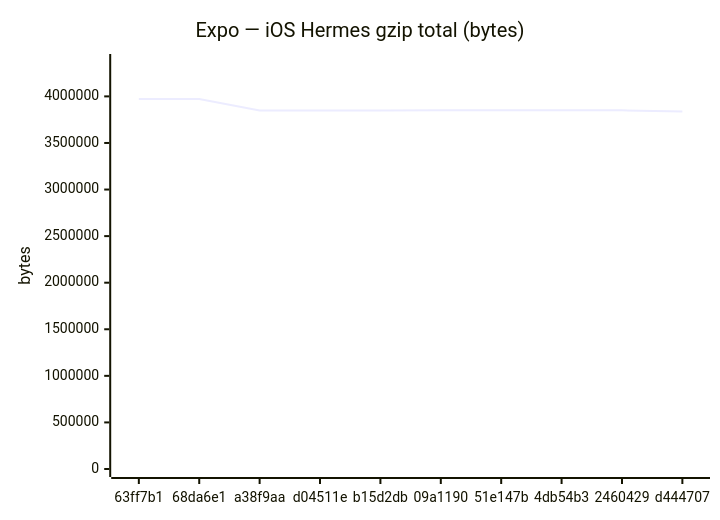
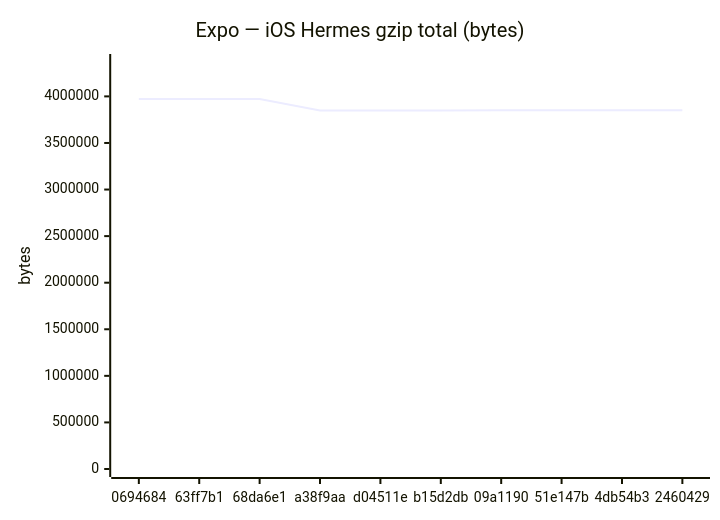
One commit to Metaheurist/Rianell changed the sixth of 18 diagrams in benchmarks/compare.md. Above: the diagram before and after it, drawn with Mermaid. The commit also changed other lines of this file and 11 other files, not shown here.

````diff
--- a/benchmarks/compare.md
+++ b/benchmarks/compare.md
@@ -96,7 +96,7 @@
 ```mermaid
 xychart-beta
     title "Expo — iOS Hermes gzip total (bytes)"
-    x-axis ["63ff7b1", "68da6e1", "a38f9aa", "d04511e", "b15d2db", "09a1190", "51e147b", "4db54b3", "2460429", "d444707"]
+    x-axis ["0694684", "63ff7b1", "68da6e1", "a38f9aa", "d04511e", "b15d2db", "09a1190", "51e147b", "4db54b3", "2460429"]
     y-axis "bytes" 0 --> 4369141
-    line [3971945, 3971946, 3849365, 3849367, 3849366, 3850104, 3850105, 3850105, 3850104, 3837764]
+    line [3971946, 3971945, 3971946, 3849365, 3849367, 3849366, 3850104, 3850105, 3850105, 3850104]
 ```
````
